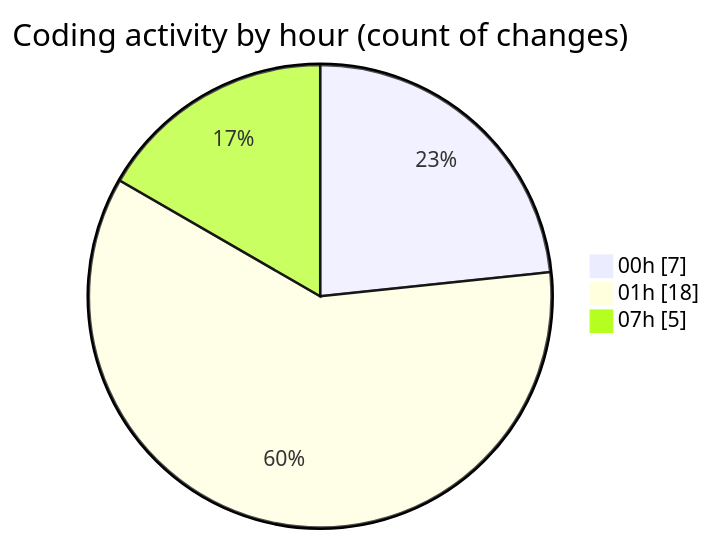
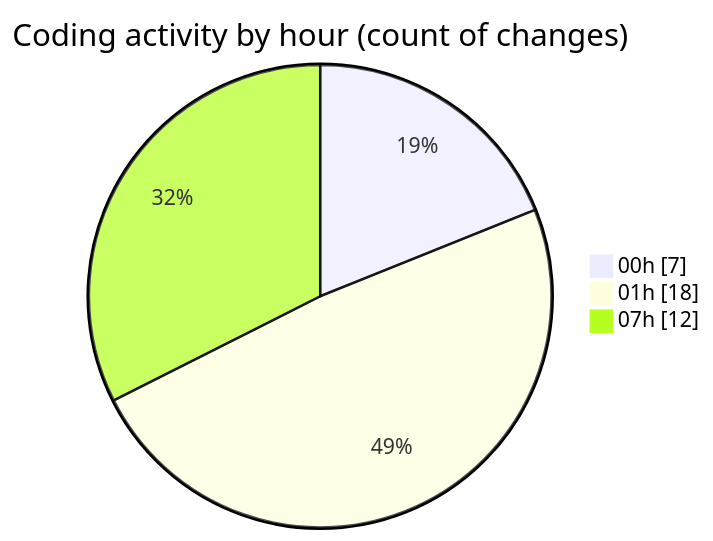
One commit to tmsrecording-cyber/code-tracking changed the second of 2 diagrams in 2026-04-24/darkwire/README.md. Above: the diagram before and after it, drawn with Mermaid. The commit also changed other lines of this file and 1 other file, not shown here.

````diff
--- a/2026-04-24/darkwire/README.md
+++ b/2026-04-24/darkwire/README.md
@@ -40,7 +40,7 @@
 ```mermaid
 pie showData
 title Coding activity by hour (count of changes)
 "00h" : 7
 "01h" : 18
-"07h" : 5
+"07h" : 12
 ```
````
